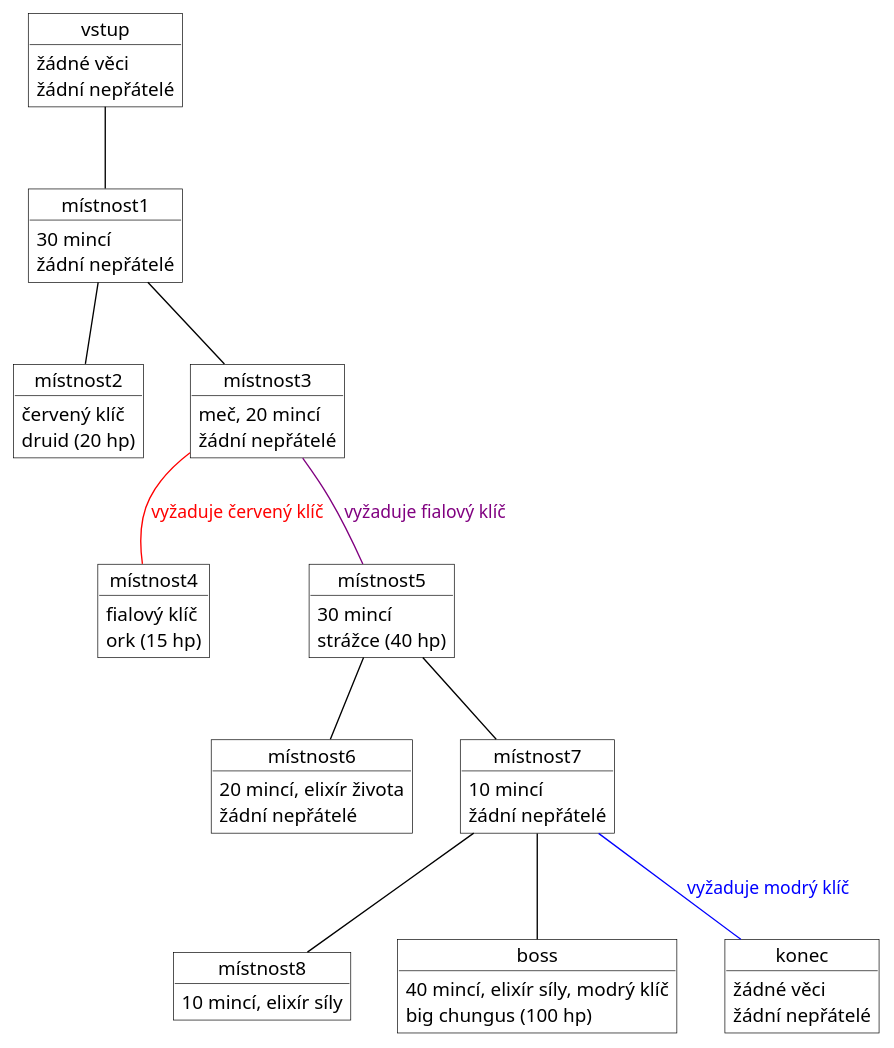
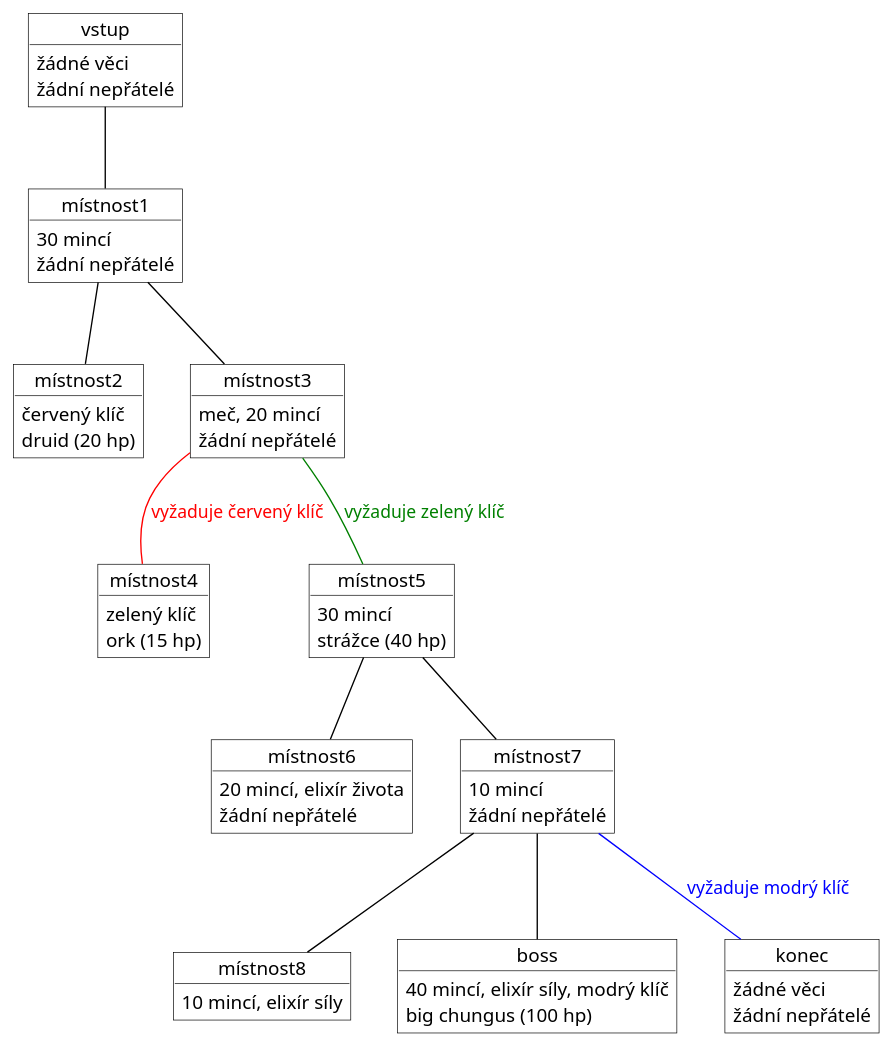
The diagram in docs/planek.puml (jirkavrba/semestralni-prace-4it101), drawn with PlantUML before and after one commit. The commit also changed 2 other files, not shown here.

Commit message:
Changed purple key to green key in map design

```diff
--- a/docs/planek.puml
+++ b/docs/planek.puml
@@ -1,73 +1,73 @@
 @startuml
 
 skinparam object {
     BackgroundColor White
     ArrowColor Black
     BorderColor Black
 }
 
 object vstup {
     žádné věci
     žádní nepřátelé
 }
 
 object místnost1 {
     30 mincí
     žádní nepřátelé
 }
 
 object místnost2 {
     červený klíč
     druid (20 hp)
 }
 
 object místnost3 {
     meč, 20 mincí
     žádní nepřátelé
 }
 
 object  místnost4 {
-    fialový klíč
+    zelený klíč
     ork (15 hp)
 }
 
 object místnost5 {
     30 mincí
     strážce (40 hp)
 }
 
 object místnost6 {
     20 mincí, elixír života
     žádní nepřátelé
 }
 
 object místnost7 {
     10 mincí
     žádní nepřátelé
 }
 
 object místnost8 {
     10 mincí, elixír síly
 }
 
 object boss {
     40 mincí, elixír síly, modrý klíč
     big chungus (100 hp)
 }
 
 object konec {
     žádné věci
     žádní nepřátelé
 }
 
 vstup -- místnost1
 místnost1 -- místnost2
 místnost1 -- místnost3
 místnost3 -- místnost4 #red;text:red : vyžaduje červený klíč
-místnost3 -- místnost5 #purple;text:purple : vyžaduje fialový klíč
+místnost3 -- místnost5 #green;text:green : vyžaduje zelený klíč
 místnost5 -- místnost6
 místnost5 -- místnost7
 místnost7 -- místnost8
 místnost7 -- boss
 místnost7 -- konec #blue;text:blue : vyžaduje modrý klíč
 @enduml
```
